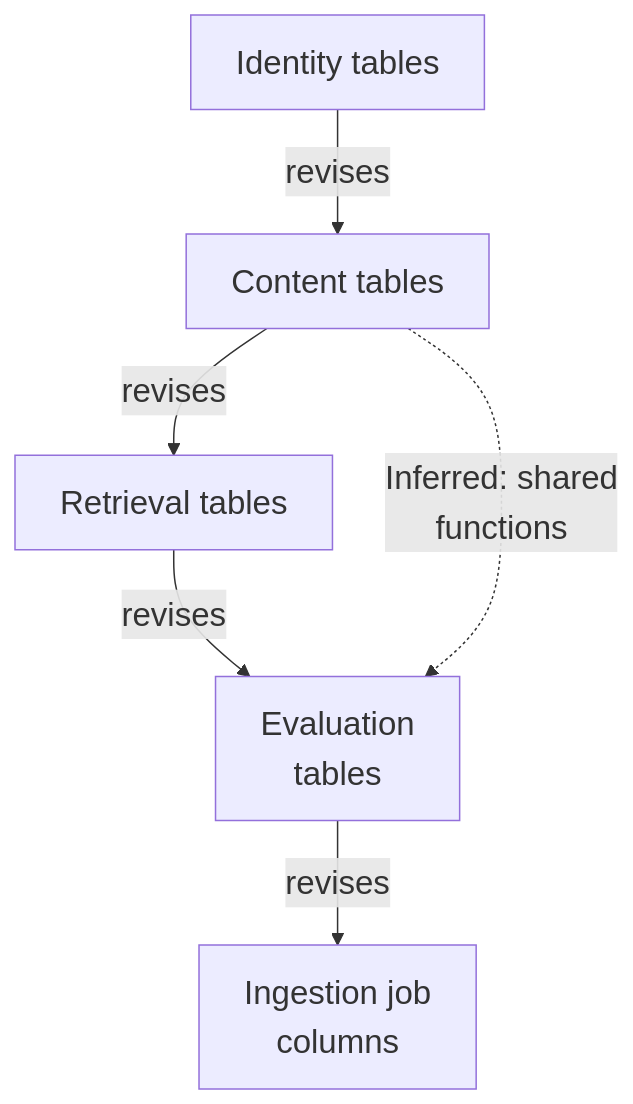
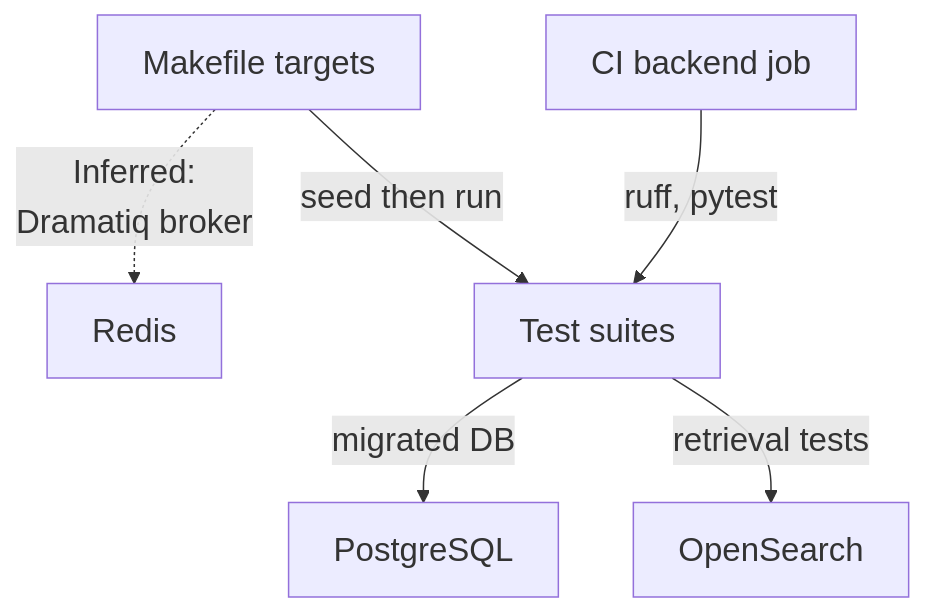
The diagram in maps/foundation/diagram-05.mmd (Justin-Mendoza/Afterclass), drawn with Mermaid before and after one commit. The commit also changed 83 other files, not shown here.

```diff
--- a/maps/foundation/diagram-05.mmd
+++ b/maps/foundation/diagram-05.mmd
@@ -1,12 +1,13 @@
 %%{init: {"themeVariables": {"fontSize": "22px"}}}%%
 flowchart TD
-  n0["Identity tables"]
-  n1["Content tables"]
-  n2["Retrieval tables"]
-  n3["Evaluation<br/>tables"]
-  n4["Ingestion job<br/>columns"]
-  n0 -->|"revises"| n1
-  n1 -->|"revises"| n2
-  n2 -->|"revises"| n3
-  n3 -->|"revises"| n4
-  n1 -.->|"Inferred: shared<br/>functions"| n3
+  n0["Makefile targets"]
+  n1["CI backend job"]
+  n2["PostgreSQL"]
+  n3["OpenSearch"]
+  n4["Redis"]
+  n5["Test suites"]
+  n0 -->|"seed then run"| n5
+  n1 -->|"ruff, pytest"| n5
+  n5 -->|"migrated DB"| n2
+  n5 -->|"retrieval tests"| n3
+  n0 -.->|"Inferred:<br/>Dramatiq broker"| n4
```
